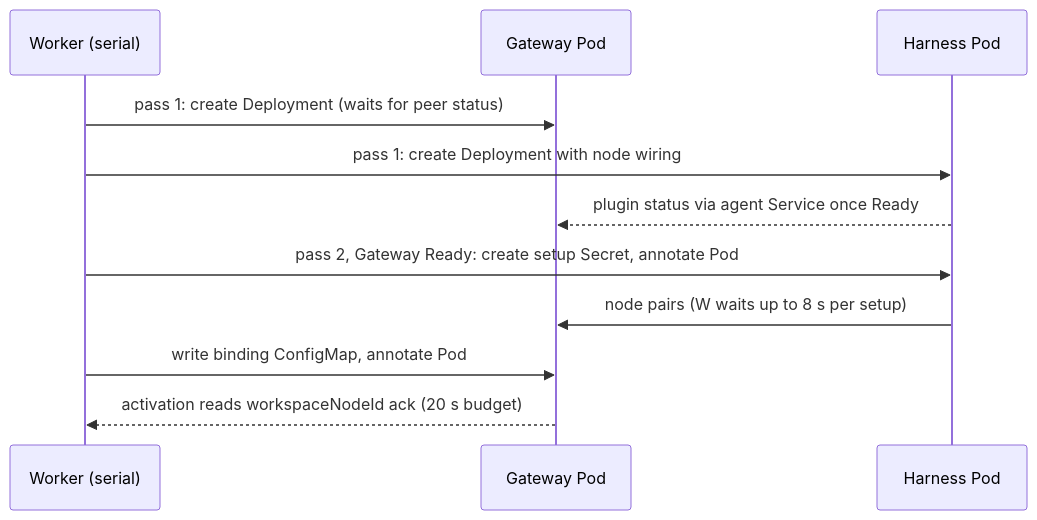
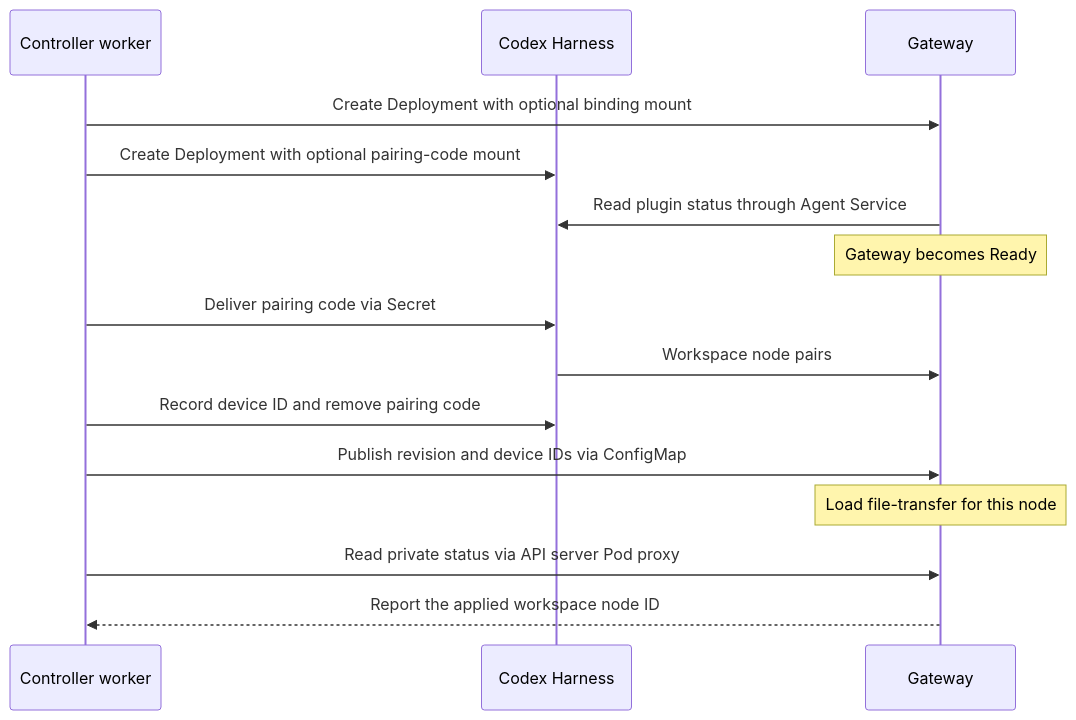
One commit to anmol0b/openclaw-enterprise changed the diagram in specs/rfcs/0019-first-deploy-activation.md. Above: the diagram before and after it, drawn with Mermaid. The commit also changed other lines of this file and 1 other file, not shown here.

First line of the commit message:
docs(specs): apply accuracy review fixes to first-deploy activation record

````diff
--- a/specs/rfcs/0019-first-deploy-activation.md
+++ b/specs/rfcs/0019-first-deploy-activation.md
@@ -92,13 +47,17 @@
 ```mermaid
 sequenceDiagram
-  participant W as Worker (serial)
-  participant G as Gateway Pod
-  participant H as Harness Pod
-  W->>G: pass 1: create Deployment (waits for peer status)
-  W->>H: pass 1: create Deployment with node wiring
-  H-->>G: plugin status via agent Service once Ready
-  W->>H: pass 2, Gateway Ready: create setup Secret, annotate Pod
-  H->>G: node pairs (W waits up to 8 s per setup)
-  W->>G: write binding ConfigMap, annotate Pod
-  G-->>W: activation reads workspaceNodeId ack (20 s budget)
+  participant C as Controller worker
+  participant H as Codex Harness
+  participant G as Gateway
+  C->>G: Create Deployment with optional binding mount
+  C->>H: Create Deployment with optional pairing-code mount
+  G->>H: Read plugin status through Agent Service
+  Note over G: Gateway becomes Ready
+  C->>H: Deliver pairing code via Secret
+  H->>G: Workspace node pairs
+  C->>H: Record device ID and remove pairing code
+  C->>G: Publish revision and device IDs via ConfigMap
+  Note over G: Load file-transfer for this node
+  C->>G: Read private status via API server Pod proxy
+  G-->>C: Report the applied workspace node ID
 ```
````
